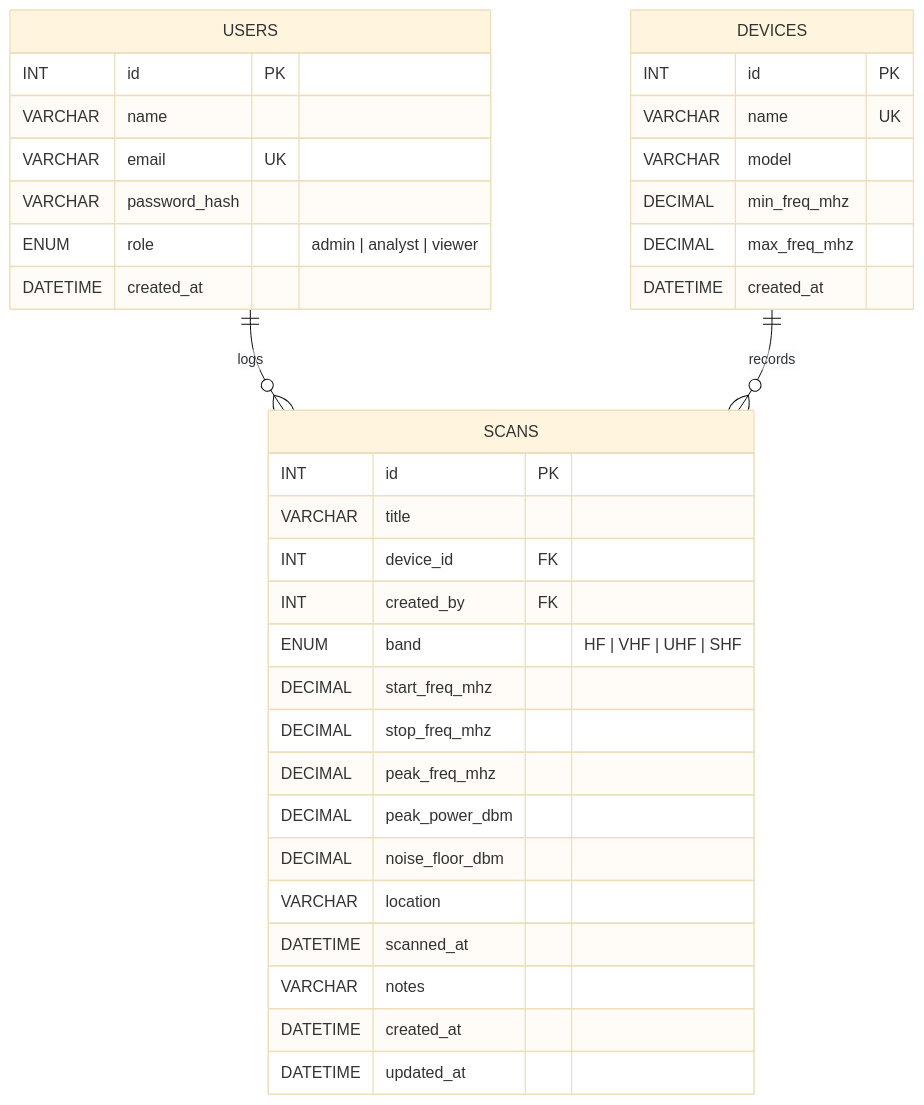
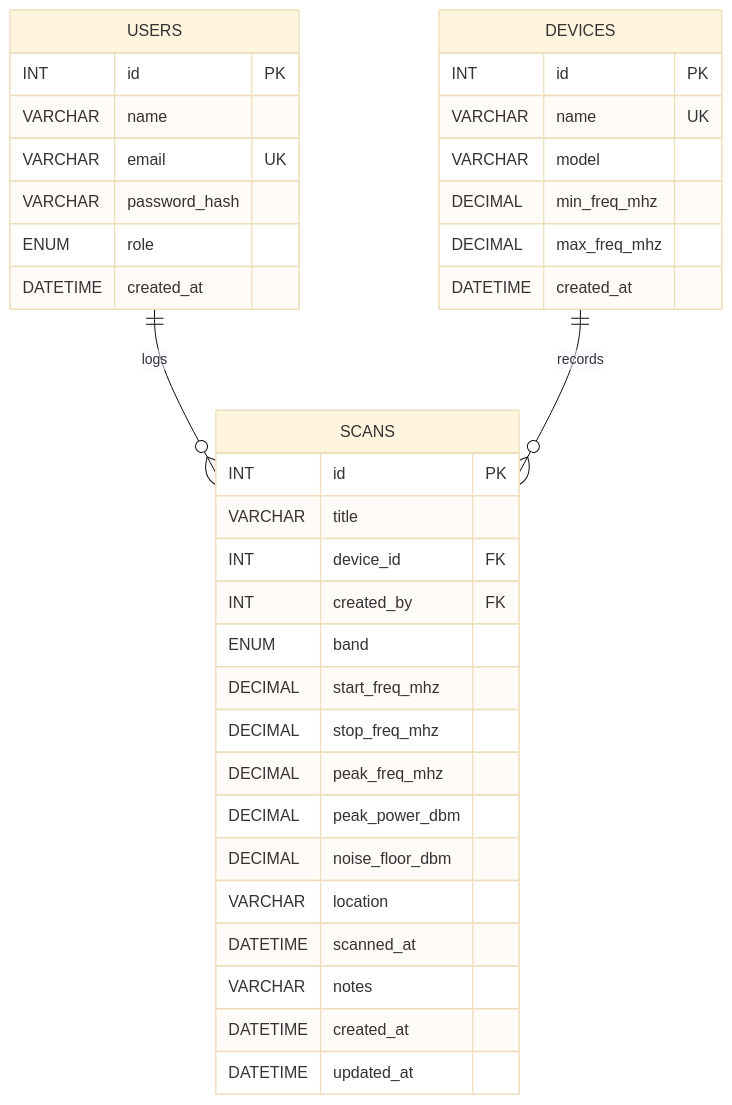
The diagram in README.md (sasiruyasith/spectraweb), drawn with Mermaid (base theme) before and after one commit. The commit also changed other lines of this file and 1 other file, not shown here.

````diff
--- a/README.md
+++ b/README.md
@@ -145,39 +120,39 @@
 ```mermaid
 erDiagram
     USERS ||--o{ SCANS : "logs"
     DEVICES ||--o{ SCANS : "records"
 
     USERS {
         INT id PK
         VARCHAR name
         VARCHAR email UK
         VARCHAR password_hash
-        ENUM role "admin | analyst | viewer"
+        ENUM role
         DATETIME created_at
     }
     DEVICES {
         INT id PK
         VARCHAR name UK
         VARCHAR model
         DECIMAL min_freq_mhz
         DECIMAL max_freq_mhz
         DATETIME created_at
     }
     SCANS {
         INT id PK
         VARCHAR title
         INT device_id FK
         INT created_by FK
-        ENUM band "HF | VHF | UHF | SHF"
+        ENUM band
         DECIMAL start_freq_mhz
         DECIMAL stop_freq_mhz
         DECIMAL peak_freq_mhz
         DECIMAL peak_power_dbm
         DECIMAL noise_floor_dbm
         VARCHAR location
         DATETIME scanned_at
         VARCHAR notes
         DATETIME created_at
         DATETIME updated_at
     }
 ```
````
